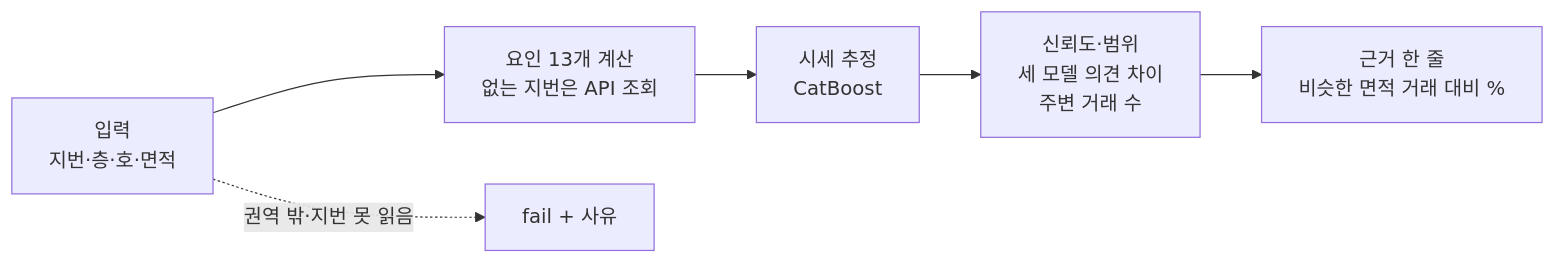
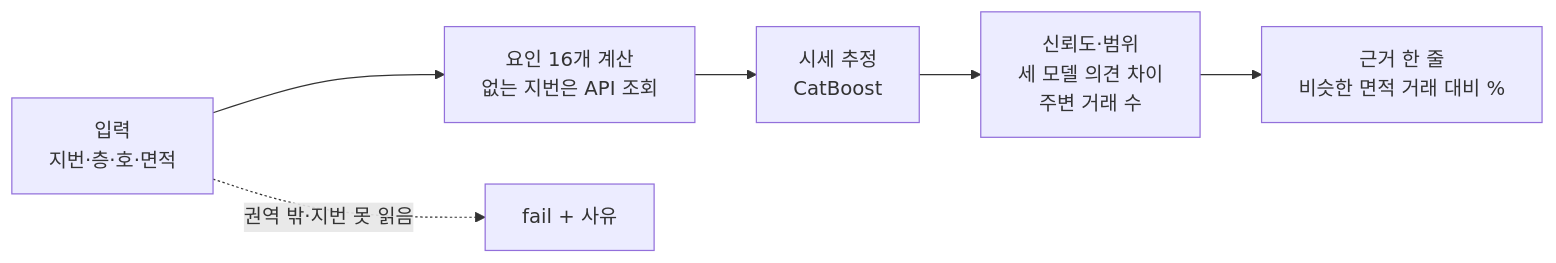
One commit to TaehyukRyu/skykey-villa-price changed the diagram in README.md. Above: the diagram before and after it, drawn with Mermaid. The commit also changed other lines of this file and 26 other files, not shown here.

````diff
--- a/README.md
+++ b/README.md
@@ -24,8 +27,8 @@
 ```mermaid
 flowchart LR
-    A["입력<br>지번·층·호·면적"] --> B["요인 13개 계산<br>없는 지번은 API 조회"]
+    A["입력<br>지번·층·호·면적"] --> B["요인 16개 계산<br>없는 지번은 API 조회"]
     B --> C["시세 추정<br>CatBoost"]
     C --> D["신뢰도·범위<br>세 모델 의견 차이<br>주변 거래 수"]
     D --> E["근거 한 줄<br>비슷한 면적 거래 대비 %"]
     A -. "권역 밖·지번 못 읽음" .-> F["fail + 사유"]
 ```
````
